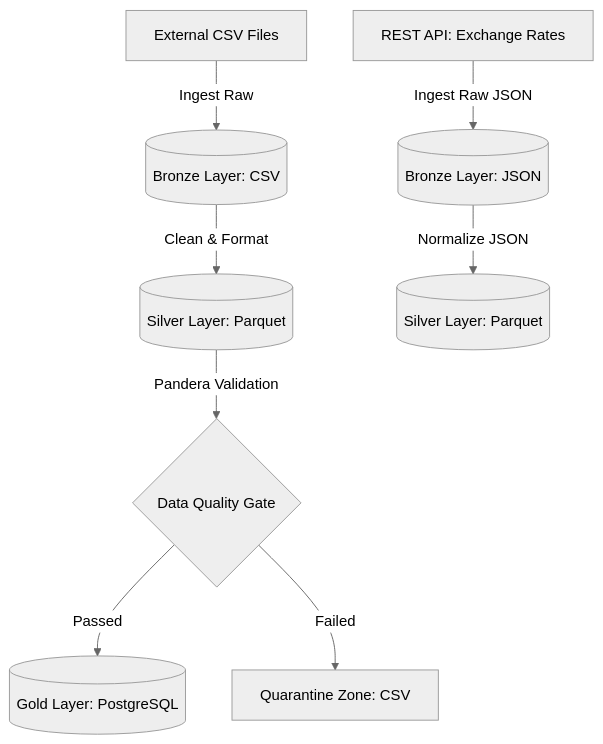
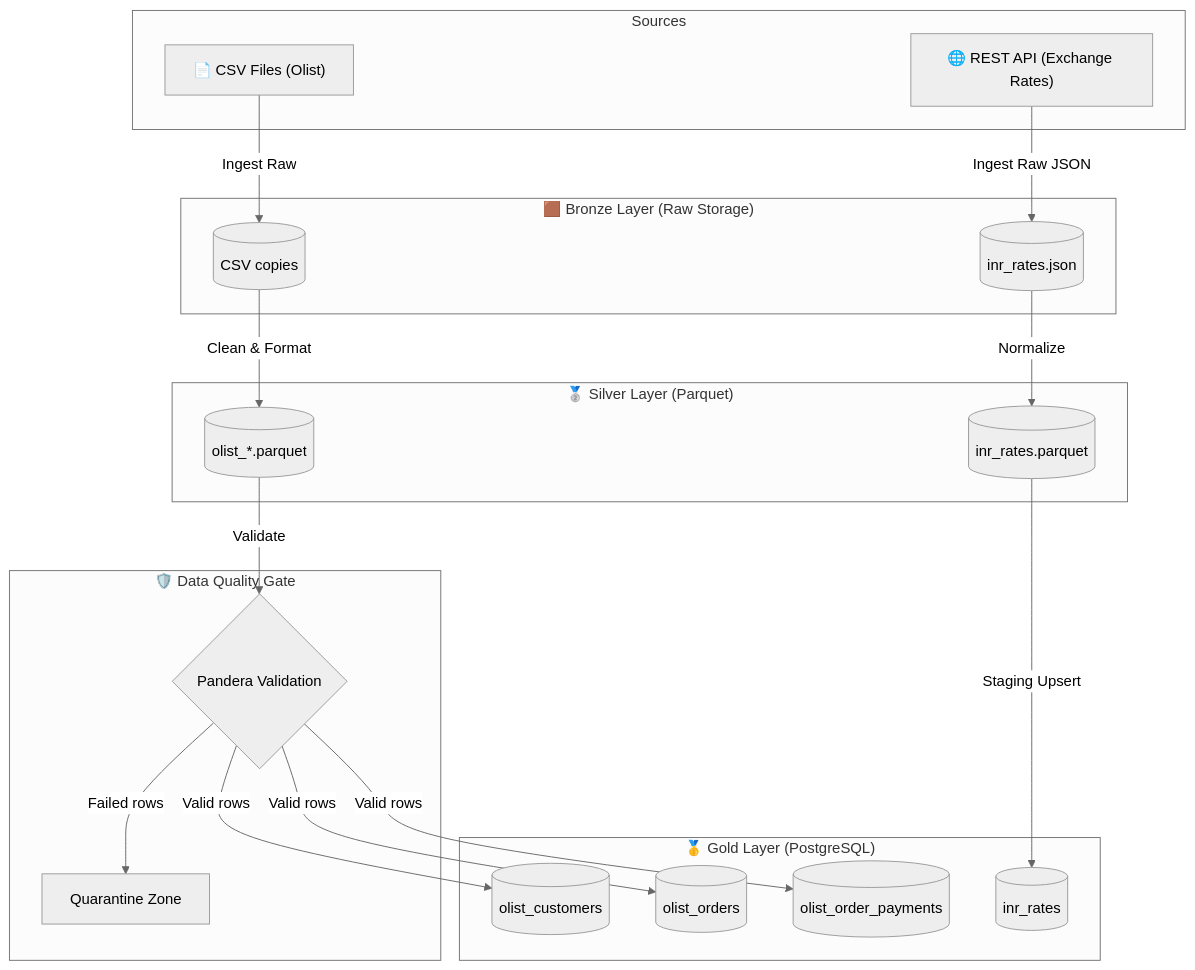
The first of 2 diagrams in README.md (kevin9shah/enterpriseETL), drawn with Mermaid (neutral theme) before and after one commit. The commit also changed other lines of this file and 6 other files, not shown here.

````diff
--- a/README.md
+++ b/README.md
@@ -13,11 +13,41 @@
 ```mermaid
 graph TD
-    A[External CSV Files] -->|Ingest Raw| B[(Bronze Layer: CSV)]
-    B -->|Clean & Format| C[(Silver Layer: Parquet)]
-    C -->|Pandera Validation| D{Data Quality Gate}
-    D -->|Passed| E[(Gold Layer: PostgreSQL)]
-    D -->|Failed| F[Quarantine Zone: CSV]
-    
-    G[REST API: Exchange Rates] -->|Ingest Raw JSON| H[(Bronze Layer: JSON)]
-    H -->|Normalize JSON| I[(Silver Layer: Parquet)]
+    subgraph Sources
+        A["📄 CSV Files (Olist)"]
+        G["🌐 REST API (Exchange Rates)"]
+    end
+
+    subgraph Bronze["🟫 Bronze Layer (Raw Storage)"]
+        B[("CSV copies")]
+        H[("inr_rates.json")]
+    end
+
+    subgraph Silver["🥈 Silver Layer (Parquet)"]
+        C[("olist_*.parquet")]
+        I[("inr_rates.parquet")]
+    end
+
+    subgraph Quality["🛡️ Data Quality Gate"]
+        D{"Pandera Validation"}
+        F["Quarantine Zone"]
+    end
+
+    subgraph Gold["🥇 Gold Layer (PostgreSQL)"]
+        E1[("olist_customers")]
+        E2[("olist_orders")]
+        E3[("olist_order_payments")]
+        E4[("inr_rates")]
+    end
+
+    A -->|Ingest Raw| B
+    B -->|Clean & Format| C
+    C -->|Validate| D
+    D -->|Valid rows| E1
+    D -->|Valid rows| E2
+    D -->|Valid rows| E3
+    D -->|Failed rows| F
+
+    G -->|Ingest Raw JSON| H
+    H -->|Normalize| I
+    I -->|Staging Upsert| E4
 ```
````
